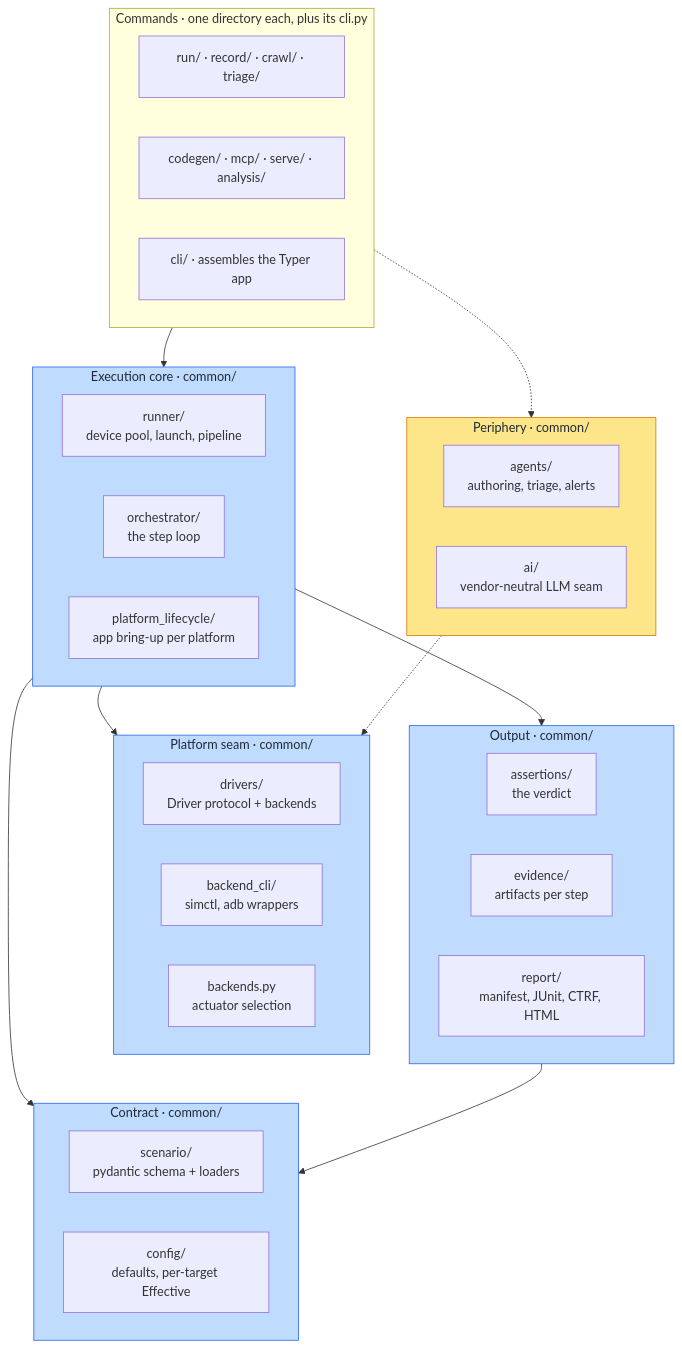
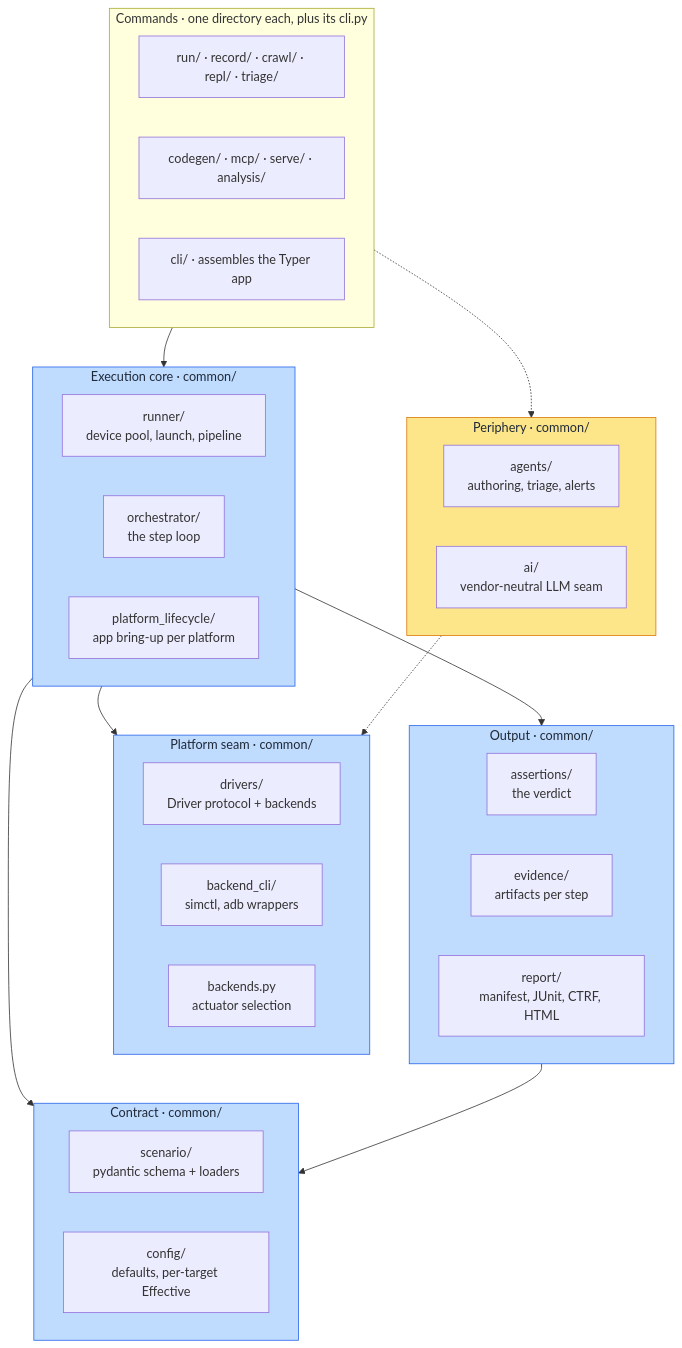
The second of 8 diagrams in docs/developer-guide.md (bajutsu-e2e/bajutsu), drawn with Mermaid before and after one commit. The commit also changed other lines of this file and 29 other files, not shown here.

````diff
--- a/docs/developer-guide.md
+++ b/docs/developer-guide.md
@@ -128,49 +128,49 @@
 ```mermaid
 flowchart TB
     subgraph cmd["Commands · one directory each, plus its cli.py"]
-        c1["run/ · record/ · crawl/ · triage/"]
+        c1["run/ · record/ · crawl/ · repl/ · triage/"]
         c2["codegen/ · mcp/ · serve/ · analysis/"]
         c3["cli/ · assembles the Typer app"]
     end
 
     subgraph exec["Execution core · common/"]
         r["runner/<br/>device pool, launch, pipeline"]
         o["orchestrator/<br/>the step loop"]
         pl["platform_lifecycle/<br/>app bring-up per platform"]
     end
 
     subgraph seam["Platform seam · common/"]
         d["drivers/<br/>Driver protocol + backends"]
         bc["backend_cli/<br/>simctl, adb wrappers"]
         b["backends.py<br/>actuator selection"]
     end
 
     subgraph contract["Contract · common/"]
         s["scenario/<br/>pydantic schema + loaders"]
         cfg["config/<br/>defaults, per-target Effective"]
     end
 
     subgraph out["Output · common/"]
         a["assertions/<br/>the verdict"]
         e["evidence/<br/>artifacts per step"]
         rep["report/<br/>manifest, JUnit, CTRF, HTML"]
     end
 
     subgraph peri["Periphery · common/"]
         ag["agents/<br/>authoring, triage, alerts"]
         ai["ai/<br/>vendor-neutral LLM seam"]
     end
 
     cmd --> exec
     cmd -.-> peri
     exec --> seam
     exec --> contract
     exec --> out
     peri -.-> seam
     out --> contract
 
     classDef det fill:#bfdbfe,stroke:#2563eb,color:#1f2937;
     classDef aip fill:#fde68a,stroke:#d97706,color:#1f2937;
     class exec,seam,contract,out det
     class peri aip
 ```
````
